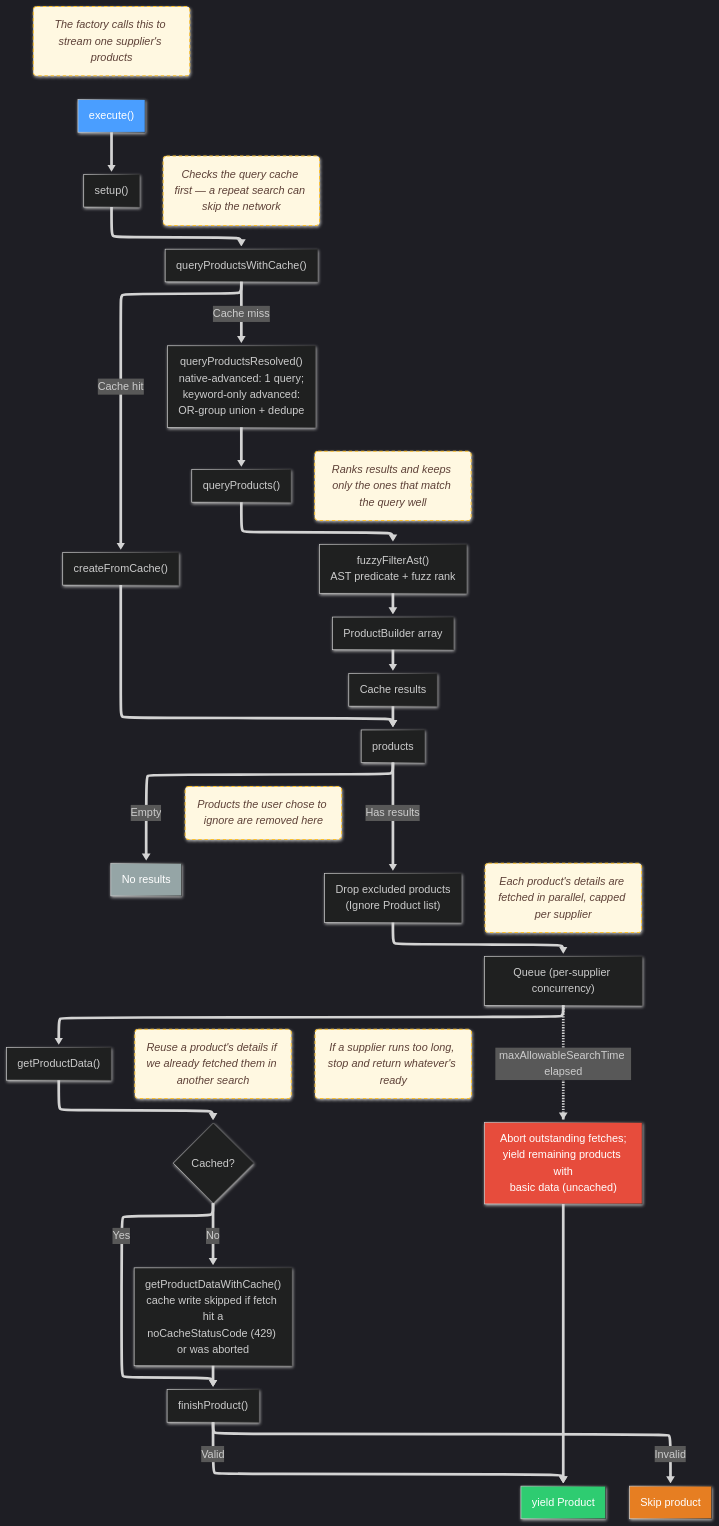
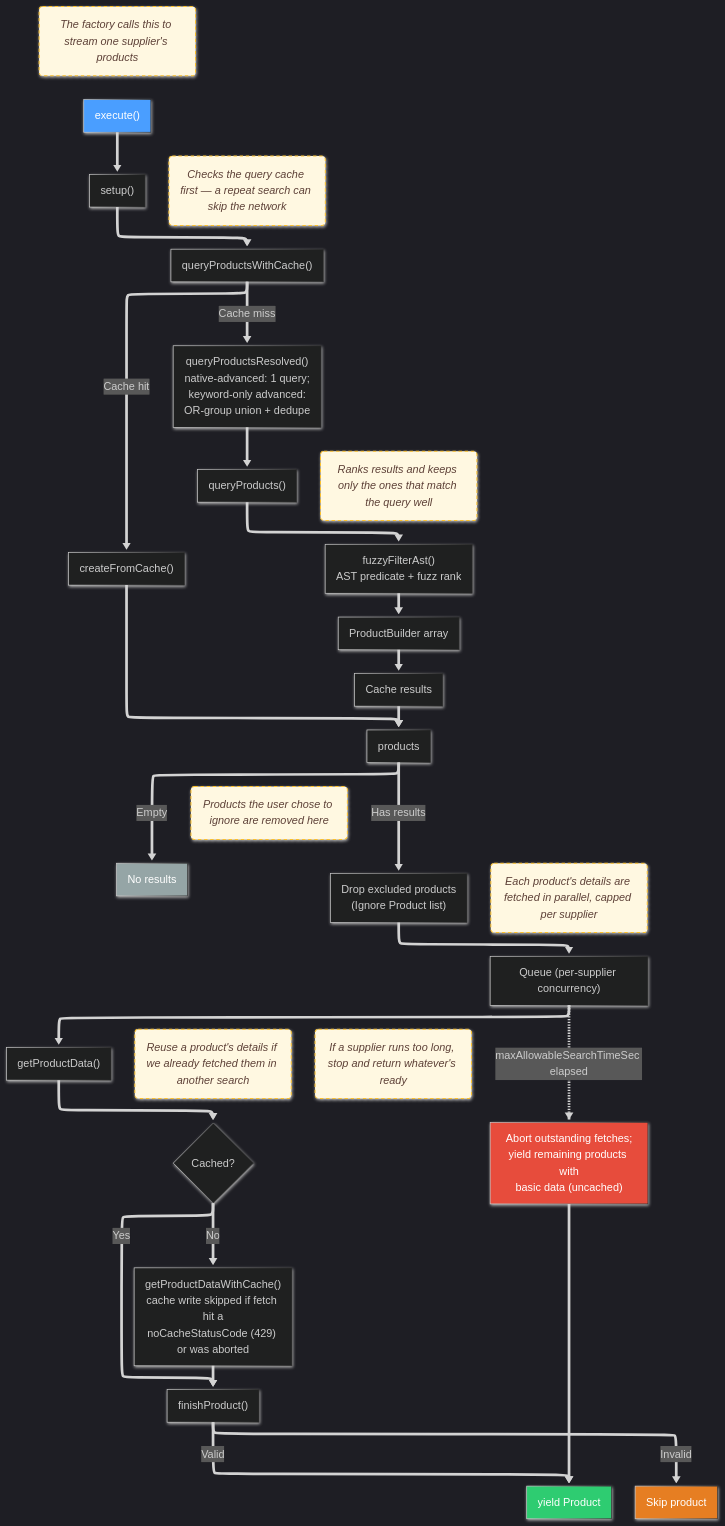
One commit to jhyland87/chem-pal changed the first of 5 diagrams in pages/diagrams/supplier-lifecycle.md. Above: the diagram before and after it, drawn with Mermaid. The commit also changed 51 other files, not shown here.

````diff
--- a/pages/diagrams/supplier-lifecycle.md
+++ b/pages/diagrams/supplier-lifecycle.md
@@ -9,66 +9,66 @@
 ```mermaid
 ---
 config:
   layout: elk
   htmlLabels: true
   markdownAutoWrap: true
   look: neo
   theme: dark
   elk:
     mergeEdges: true
     nodePlacementStrategy: BRANDES_KOEPF
   flowchart:
     curve: basis
 ---
 flowchart TD
     linkStyle default stroke-width:4px;
 
     A["execute()"] --> B["setup()"]
     B --> C["queryProductsWithCache()"]
     C -->|Cache hit| D["createFromCache()"]
     C -->|Cache miss| R["queryProductsResolved()\nnative-advanced: 1 query;\nkeyword-only advanced:\nOR-group union + dedupe"]
     R --> E["queryProducts()"]
     E --> F["fuzzyFilterAst()\nAST predicate + fuzz rank"]
     F --> G["ProductBuilder array"]
     G --> H["Cache results"]
     H --> I["products"]
     D --> I
     I -->|Empty| J["No results"]
     I -->|Has results| X["Drop excluded products\n(Ignore Product list)"]
     X --> K["Queue (per-supplier concurrency)"]
     K --> L["getProductData()"]
     L --> M{"Cached?"}
     M -->|Yes| O["finishProduct()"]
     M -->|No| N["getProductDataWithCache()\ncache write skipped if fetch hit a\nnoCacheStatusCode (429) or was aborted"]
     N --> O
     O -->|Valid| P["yield Product"]
     O -->|Invalid| Q["Skip product"]
-    K -.->|"maxAllowableSearchTime elapsed"| TO["Abort outstanding fetches;\nyield remaining products with\nbasic data (uncached)"]
+    K -.->|"maxAllowableSearchTimeSec elapsed"| TO["Abort outstanding fetches;\nyield remaining products with\nbasic data (uncached)"]
     TO --> P
 
     style A fill:#4a9eff,color:#fff
     style P fill:#2ecc71,color:#fff
     style J fill:#95a5a6,color:#fff
     style Q fill:#e67e22,color:#fff
     style TO fill:#e74c3c,color:#fff
 
     %% ── Descriptor notes: plain-English descriptions pinned next to key nodes ──
     classDef descriptor fill:#FFF8E1,stroke:#FBC02D,stroke-width:1.5px,color:#5D4037,stroke-dasharray:5 4,font-style:italic
     D_A("The factory calls this to stream one supplier's products")
     D_C("Checks the query cache first — a repeat search can skip the network")
     D_F("Ranks results and keeps only the ones that match the query well")
     D_X("Products the user chose to ignore are removed here")
     D_K("Each product's details are fetched in parallel, capped per supplier")
     D_M("Reuse a product's details if we already fetched them in another search")
     D_TO("If a supplier runs too long, stop and return whatever's ready")
     D_A ~~~ A
     D_C ~~~ C
     D_F ~~~ F
     D_X ~~~ X
     D_K ~~~ K
     D_M ~~~ M
     D_TO ~~~ TO
     class D_A,D_C,D_F,D_X,D_K,D_M,D_TO descriptor
     %% Hide the connector lines for the descriptor notes (the last 7 links).
     linkStyle 22,23,24,25,26,27,28 stroke-width:0px,stroke:transparent
 ```
````
